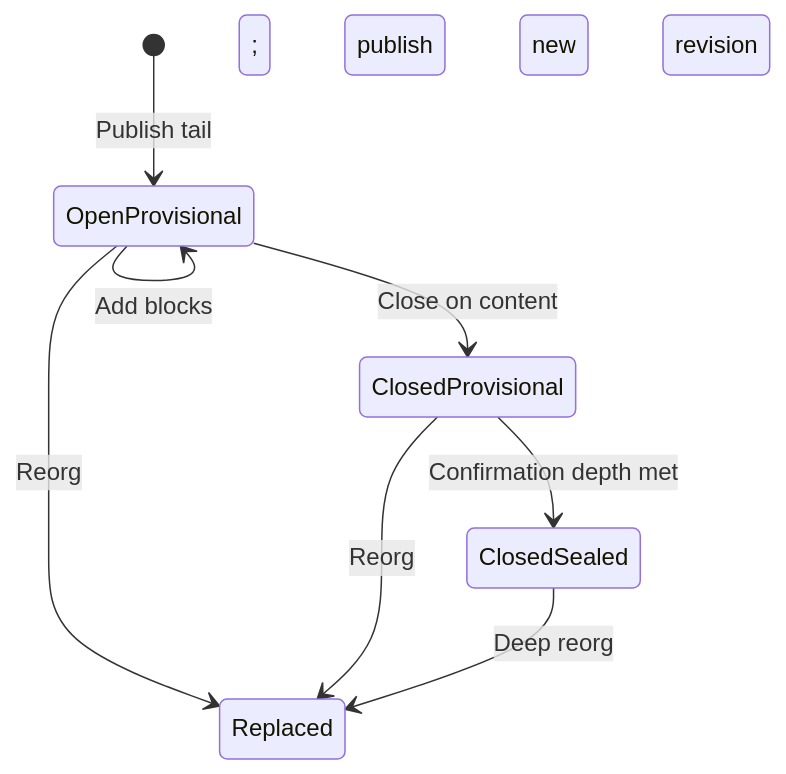
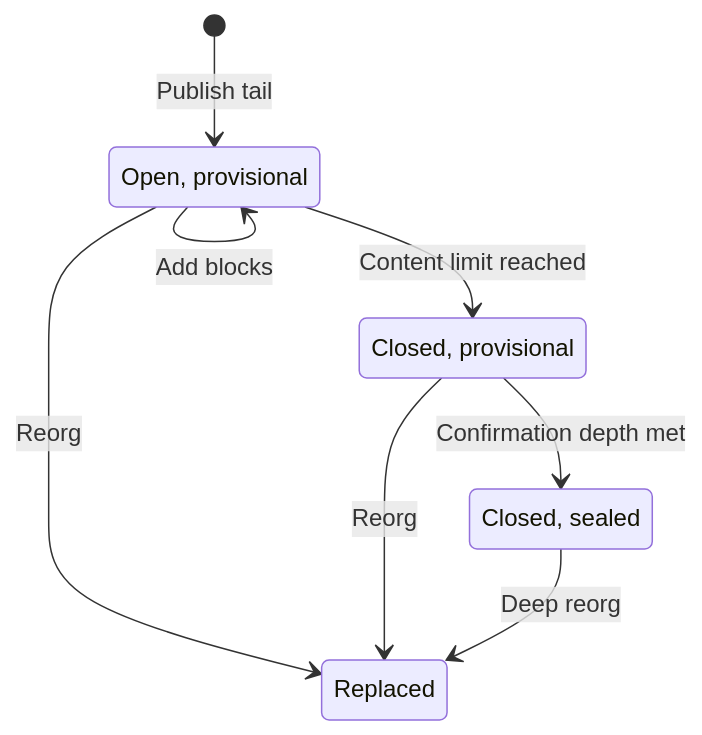
Before and after one commit to valargroup/wallet-pir: the third of 3 diagrams in docs/transparent_pir_architecture.md, drawn with Mermaid. The commit also changed other lines of this file, not shown here.

Commit message:
improve diagrams

````diff
--- a/docs/transparent_pir_architecture.md
+++ b/docs/transparent_pir_architecture.md
@@ -371,10 +374,13 @@
 ```mermaid
 stateDiagram-v2
+    state "Open, provisional" as OpenProvisional
+    state "Closed, provisional" as ClosedProvisional
+    state "Closed, sealed" as ClosedSealed
     [*] --> OpenProvisional: Publish tail
-    OpenProvisional --> OpenProvisional: Add blocks; publish new revision
-    OpenProvisional --> ClosedProvisional: Close on content; publish new revision
-    ClosedProvisional --> ClosedSealed: Confirmation depth met; publish new revision
+    OpenProvisional --> OpenProvisional: Add blocks
+    OpenProvisional --> ClosedProvisional: Content limit reached
+    ClosedProvisional --> ClosedSealed: Confirmation depth met
     OpenProvisional --> Replaced: Reorg
     ClosedProvisional --> Replaced: Reorg
     ClosedSealed --> Replaced: Deep reorg
 ```
````
